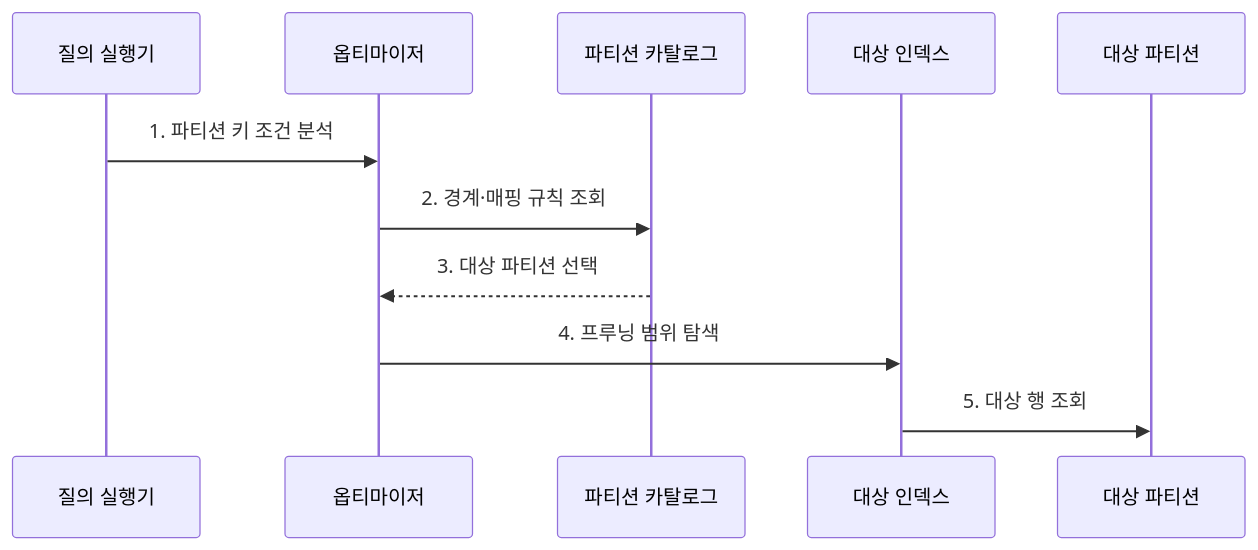
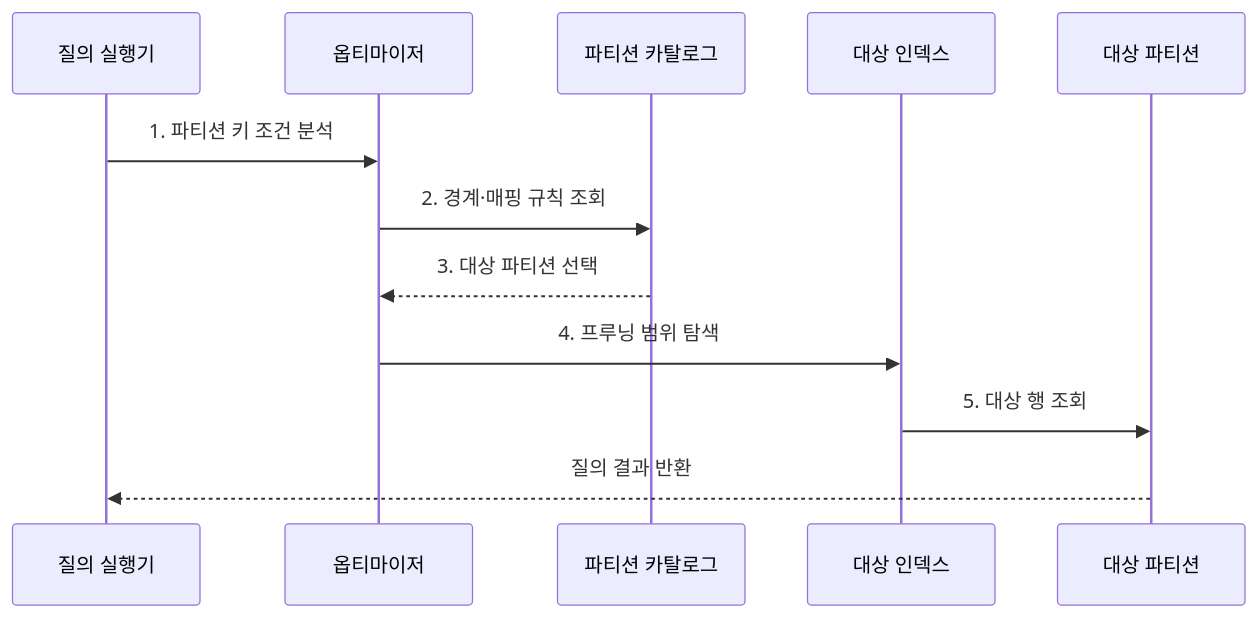
Before and after one commit to agnusdei1207/knowledge-base: the second of 2 diagrams in src/content/docs/notes/03-software/098_partitioning.md, drawn with Mermaid. The commit also changed other lines of this file and 20 other files, not shown here.

````diff
--- a/src/content/docs/notes/03-software/098_partitioning.md
+++ b/src/content/docs/notes/03-software/098_partitioning.md
@@ -77,13 +87,14 @@
 ```mermaid
 sequenceDiagram
     participant Q as 질의 실행기
     participant O as 옵티마이저
     participant C as 파티션 카탈로그
     participant I as 대상 인덱스
     participant P as 대상 파티션
     Q->>O: 1. 파티션 키 조건 분석
     O->>C: 2. 경계·매핑 규칙 조회
     C-->>O: 3. 대상 파티션 선택
     O->>I: 4. 프루닝 범위 탐색
     I->>P: 5. 대상 행 조회
+    P-->>Q: 질의 결과 반환
 ```
````
